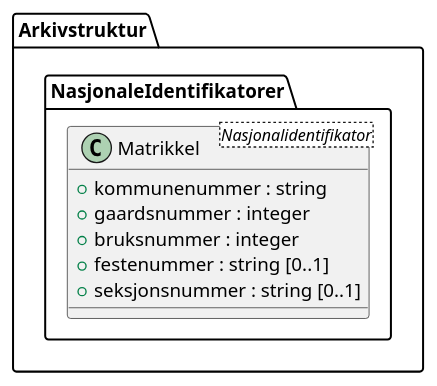
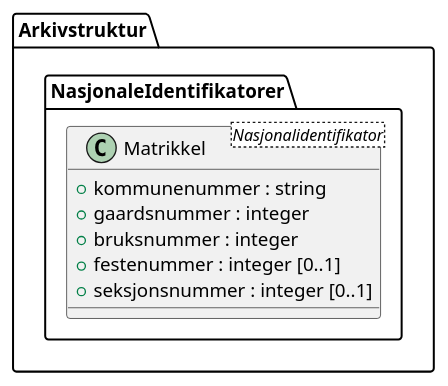
One commit to arkivverket/noark5-tjenestegrensesnitt-standard changed the diagram in kapitler/media/uml-class-matrikkel.iuml. Above: the diagram before and after it, drawn with PlantUML. The commit also changed 2 other files, not shown here.

Commit message:
Regenerate PlantUML files.

```diff
--- a/kapitler/media/uml-class-matrikkel.iuml
+++ b/kapitler/media/uml-class-matrikkel.iuml
@@ -1,9 +1,9 @@
 @startuml
 class Arkivstruktur.NasjonaleIdentifikatorer.Matrikkel <Nasjonalidentifikator> {
   +kommunenummer : string
   +gaardsnummer : integer
   +bruksnummer : integer
-  +festenummer : string [0..1]
-  +seksjonsnummer : string [0..1]
+  +festenummer : integer [0..1]
+  +seksjonsnummer : integer [0..1]
 }
 @enduml
```
